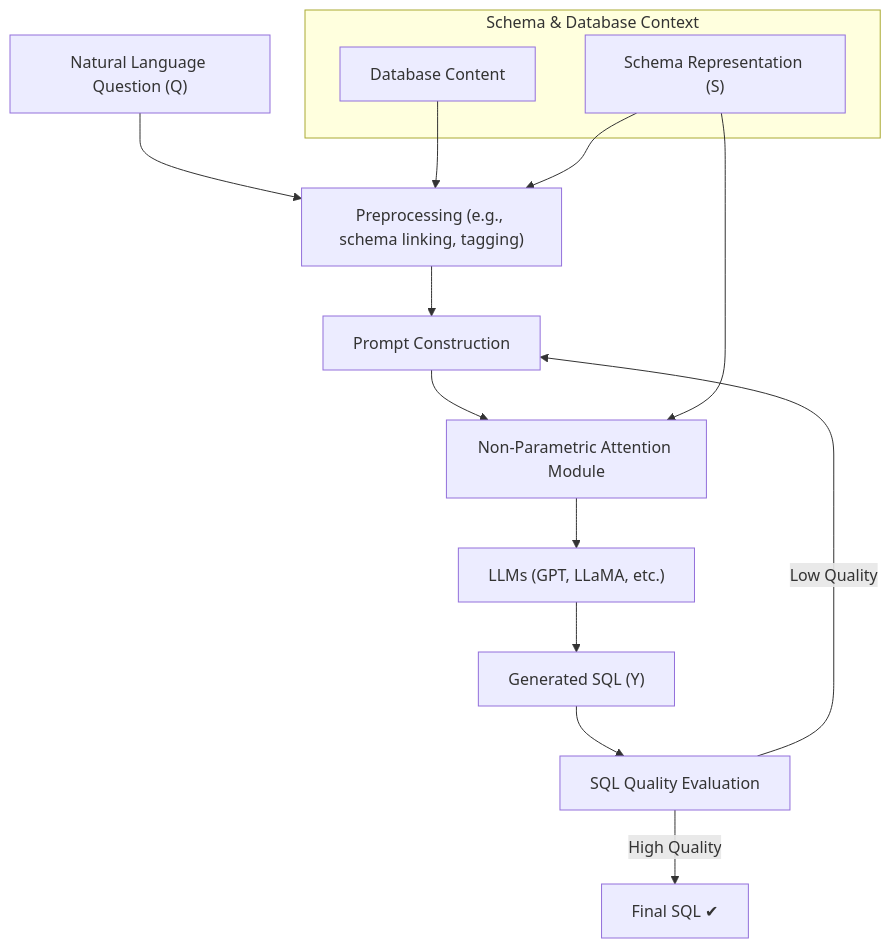
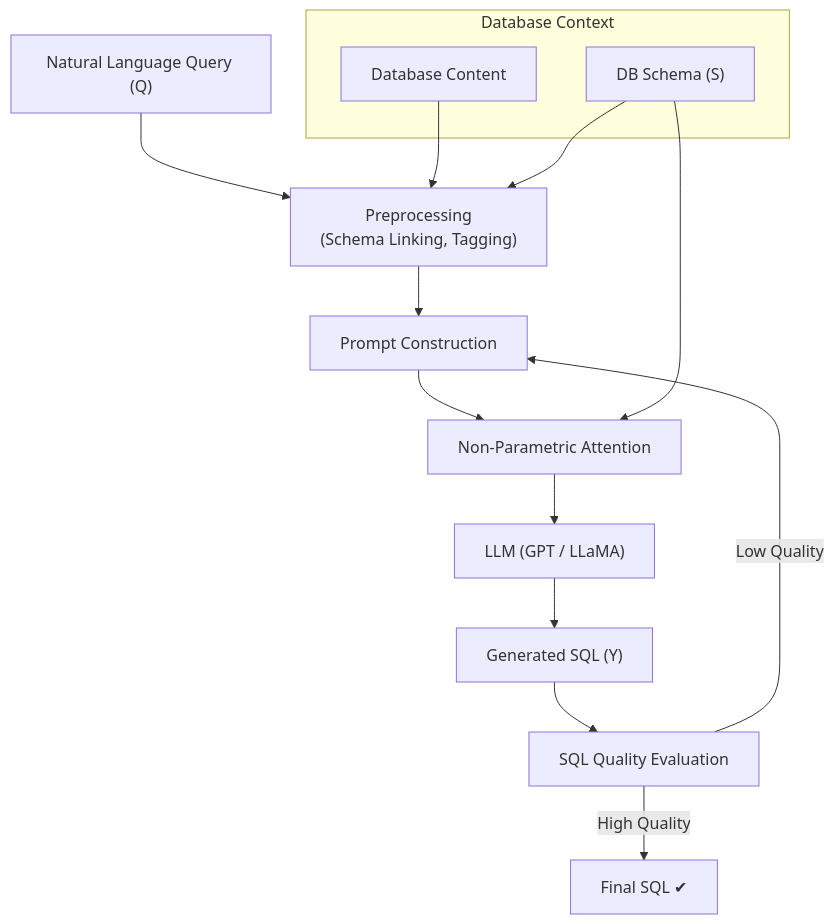
The diagram in Readme.md (shovon095/nl2sql-attention-validator), drawn with Mermaid before and after one commit.

````diff
--- a/Readme.md
+++ b/Readme.md
@@ -20,21 +20,23 @@
 ```mermaid
 flowchart TD
-  Q["Natural Language Question (Q)"] --> PRE["Preprocessing (e.g., schema linking, tagging)"]
+  Q["Natural Language Query (Q)"]
+  Q --> PRE["Preprocessing\n(Schema Linking, Tagging)"]
   PRE --> PR["Prompt Construction"]
-  PR --> NPA["Non-Parametric Attention Module"]
-  NPA --> LLM["LLMs (GPT, LLaMA, etc.)"]
+  PR --> NPA["Non-Parametric Attention"]
+  NPA --> LLM["LLM (GPT / LLaMA)"]
   LLM --> SQL["Generated SQL (Y)"]
+  SQL --> EV["SQL Quality Evaluation"]
 
-  SQL --> EV["SQL Quality Evaluation"]
   EV -->|Low Quality| PR
   EV -->|High Quality| OUT["Final SQL ✔"]
 
-  subgraph DBInfo["Schema & Database Context"]
+  subgraph DBInfo["Database Context"]
     DB["Database Content"]
-    S["Schema Representation (S)"]
+    SCHEMA["DB Schema (S)"]
   end
 
   DB --> PRE
-  S --> PRE
-  S --> NPA
+  SCHEMA --> PRE
+  SCHEMA --> NPA
+
 ```
````
